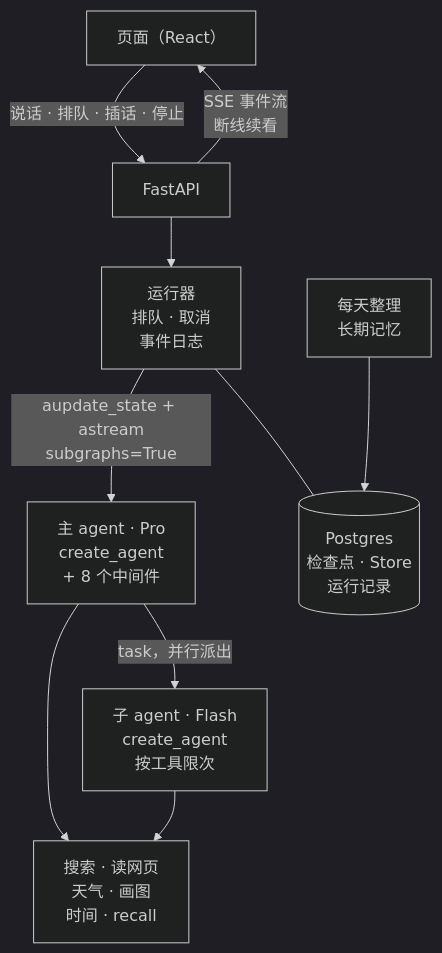
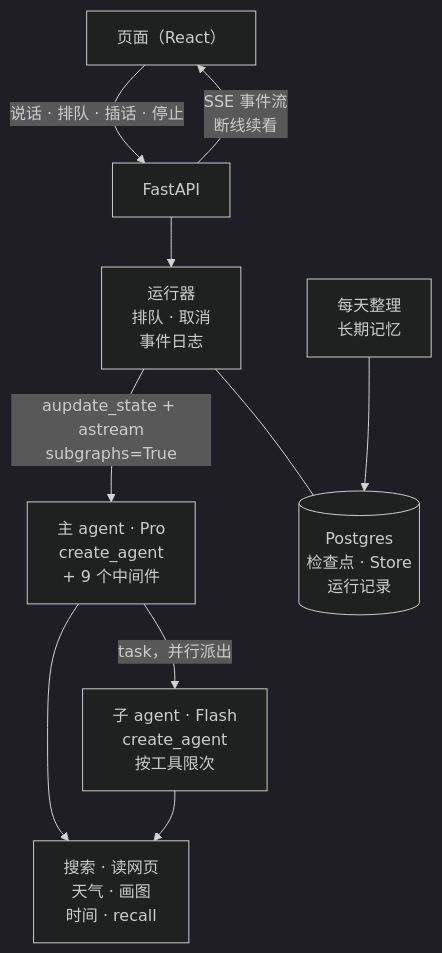
Before and after one commit to HyxiaoGe/LingDraft: the diagram in README.md, drawn with Mermaid (dark theme). The commit also changed other lines of this file and 23 other files, not shown here.

````diff
--- a/README.md
+++ b/README.md
@@ -11,12 +11,12 @@
 ```mermaid
 flowchart TB
     UI["页面（React）"] -- "说话 · 排队 · 插话 · 停止" --> API["FastAPI"]
     API -- "SSE 事件流<br/>断线续看" --> UI
     API --> Runner["运行器<br/>排队 · 取消<br/>事件日志"]
-    Runner -- "aupdate_state + astream<br/>subgraphs=True" --> Main["主 agent · Pro<br/>create_agent<br/>+ 8 个中间件"]
+    Runner -- "aupdate_state + astream<br/>subgraphs=True" --> Main["主 agent · Pro<br/>create_agent<br/>+ 9 个中间件"]
     Main -- "task，并行派出" --> Sub["子 agent · Flash<br/>create_agent<br/>按工具限次"]
     Main --> Tools["搜索 · 读网页<br/>天气 · 画图<br/>时间 · recall"]
     Sub --> Tools
     Runner --- PG[("Postgres<br/>检查点 · Store<br/>运行记录")]
     Dream["每天整理<br/>长期记忆"] --> PG
 ```
````
